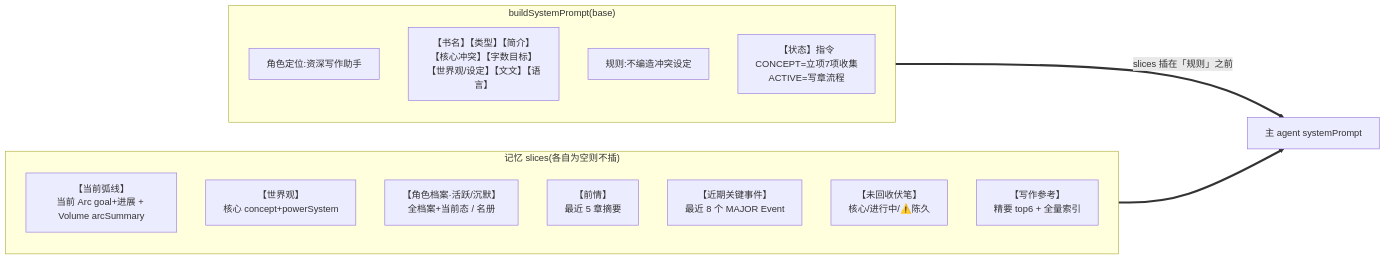
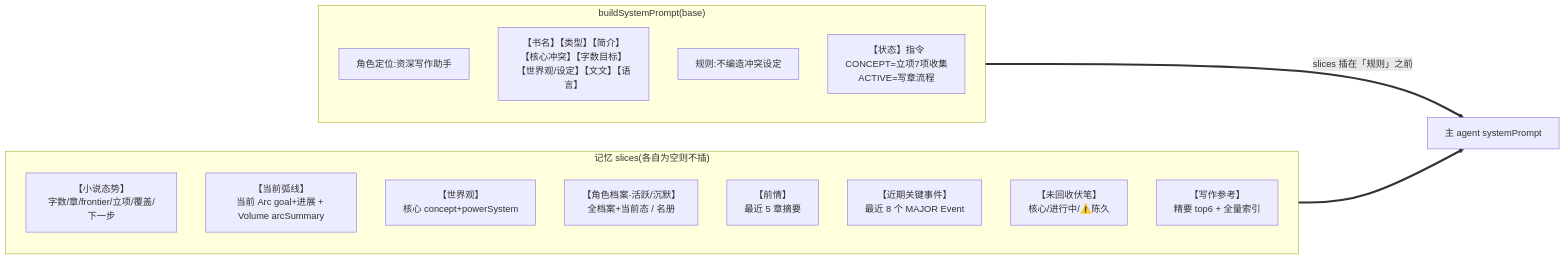
The third of 8 diagrams in docs/architecture/novel-writing-flow.md (wenonly/narratox), drawn with Mermaid before and after one commit. The commit also changed other lines of this file and 1 other file, not shown here.

Commit message:
docs: CLAUDE.md Phase 13(小说态势)+ 架构文档 slice 清单更新(8 slice)

````diff
--- a/docs/architecture/novel-writing-flow.md
+++ b/docs/architecture/novel-writing-flow.md
@@ -103,20 +103,21 @@
 ```mermaid
 flowchart LR
     subgraph BASE["buildSystemPrompt(base)"]
         B1["角色定位:资深写作助手"]
         B2["【书名】【类型】【简介】<br/>【核心冲突】【字数目标】<br/>【世界观/设定】【文文】【语言】"]
         B3["规则:不编造冲突设定"]
         B4["【状态】指令<br/>CONCEPT=立项7项收集<br/>ACTIVE=写章流程"]
     end
     subgraph SLICES["记忆 slices(各自为空则不插)"]
+        S0["【小说态势】<br/>字数/章/frontier/立项/覆盖/下一步"]
         S1["【当前弧线】<br/>当前 Arc goal+进展 + Volume arcSummary"]
         S2["【世界观】<br/>核心 concept+powerSystem"]
         S3["【角色档案·活跃/沉默】<br/>全档案+当前态 / 名册"]
         S4["【前情】<br/>最近 5 章摘要"]
         S5["【近期关键事件】<br/>最近 8 个 MAJOR Event"]
         S6["【未回收伏笔】<br/>核心/进行中/⚠️陈久"]
         S7["【写作参考】<br/>精要 top6 + 全量索引"]
     end
     BASE ==>|"slices 插在「规则」之前"| OUT["主 agent systemPrompt"]
     SLICES ==> OUT
 ```
````
